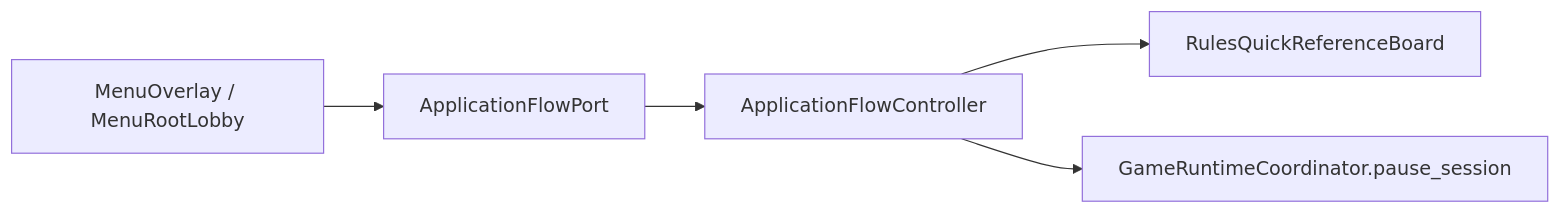
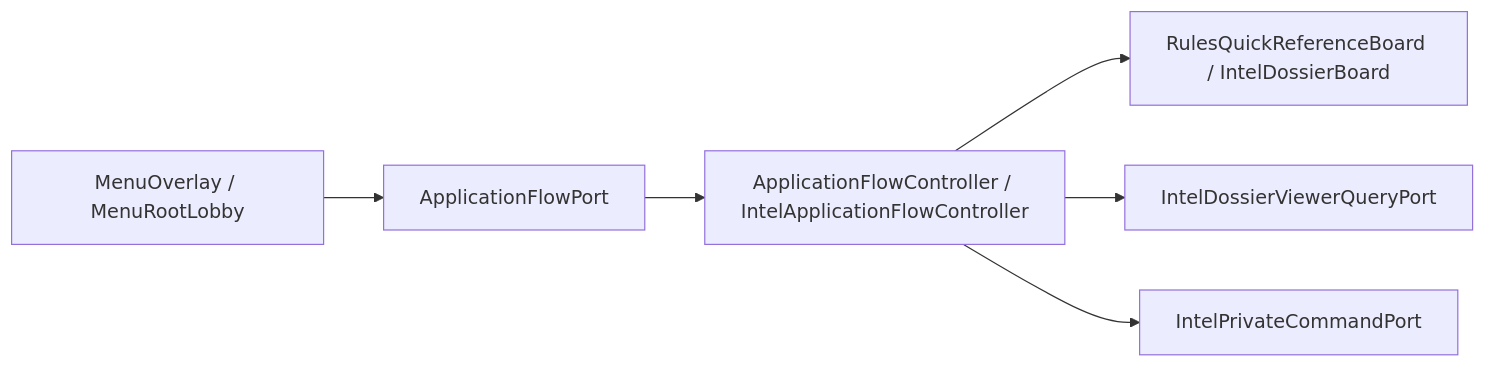
The diagram in docs/migration/main_application_flow_handler_inventory.md (zhuyeyang979-glitch/space-syndicate), drawn with Mermaid before and after one commit. The commit also changed other lines of this file and 18 other files, not shown here.

````diff
--- a/docs/migration/main_application_flow_handler_inventory.md
+++ b/docs/migration/main_application_flow_handler_inventory.md
@@ -43,7 +45,8 @@
 ```mermaid
 flowchart LR
   Q[MenuOverlay / MenuRootLobby] --> P[ApplicationFlowPort]
-  P --> H[ApplicationFlowController]
-  H --> R[RulesQuickReferenceBoard]
-  H --> C[GameRuntimeCoordinator.pause_session]
+  P --> H[ApplicationFlowController / IntelApplicationFlowController]
+  H --> R[RulesQuickReferenceBoard / IntelDossierBoard]
+  H --> V[IntelDossierViewerQueryPort]
+  H --> C[IntelPrivateCommandPort]
 ```
````
